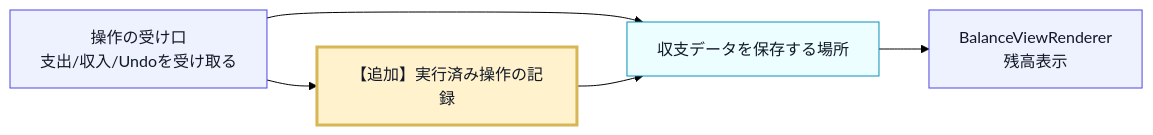
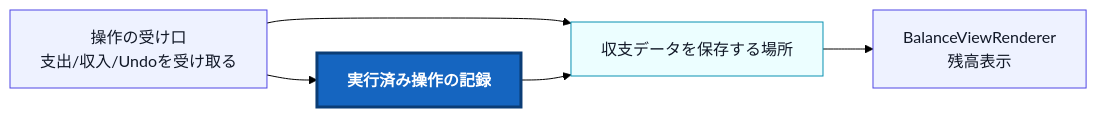
Before and after one commit to kumachan1101-pixel/DesignPattern: the sixth of 14 diagrams in kindle/design-patterns/output/chapter05.md, drawn with Mermaid (forest theme). The commit also changed other lines of this file and 19 other files, not shown here.

First line of the commit message:
図の変更箇所を色で示し、変更前後の対比の説明構造をそろえる

````diff
--- a/kindle/design-patterns/output/chapter05.md
+++ b/kindle/design-patterns/output/chapter05.md
@@ -761,14 +761,14 @@
 ```mermaid
 flowchart LR
-    classDef changed fill:#fff2cc,stroke:#d6b656,stroke-width:3px,color:#111827;
+    classDef changed fill:#1565c0,stroke:#0b3d76,stroke-width:3px,color:#ffffff,font-weight:bold;
     B["操作の受け口<br>支出/収入/Undoを受け取る"] --> L["収支データを保存する場所"]
-    B --> H["【追加】実行済み操作の記録"]
+    B --> H["実行済み操作の記録"]
     H --> L
     L --> R["BalanceViewRenderer<br>残高表示"]
 
     classDef boundary fill:#eef2ff,stroke:#4f46e5,color:#111827;
     classDef data fill:#ecfeff,stroke:#0891b2,color:#111827;
     class B,R boundary;
     class L,H data;
     class H changed;
 ```
````
